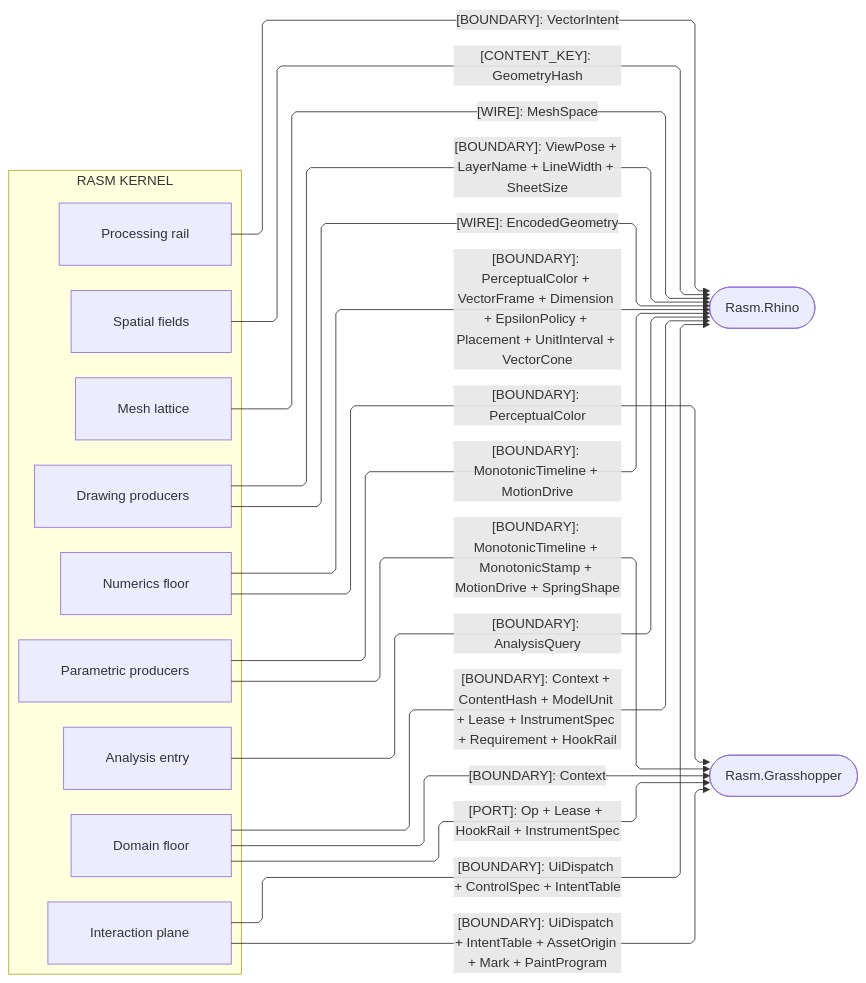
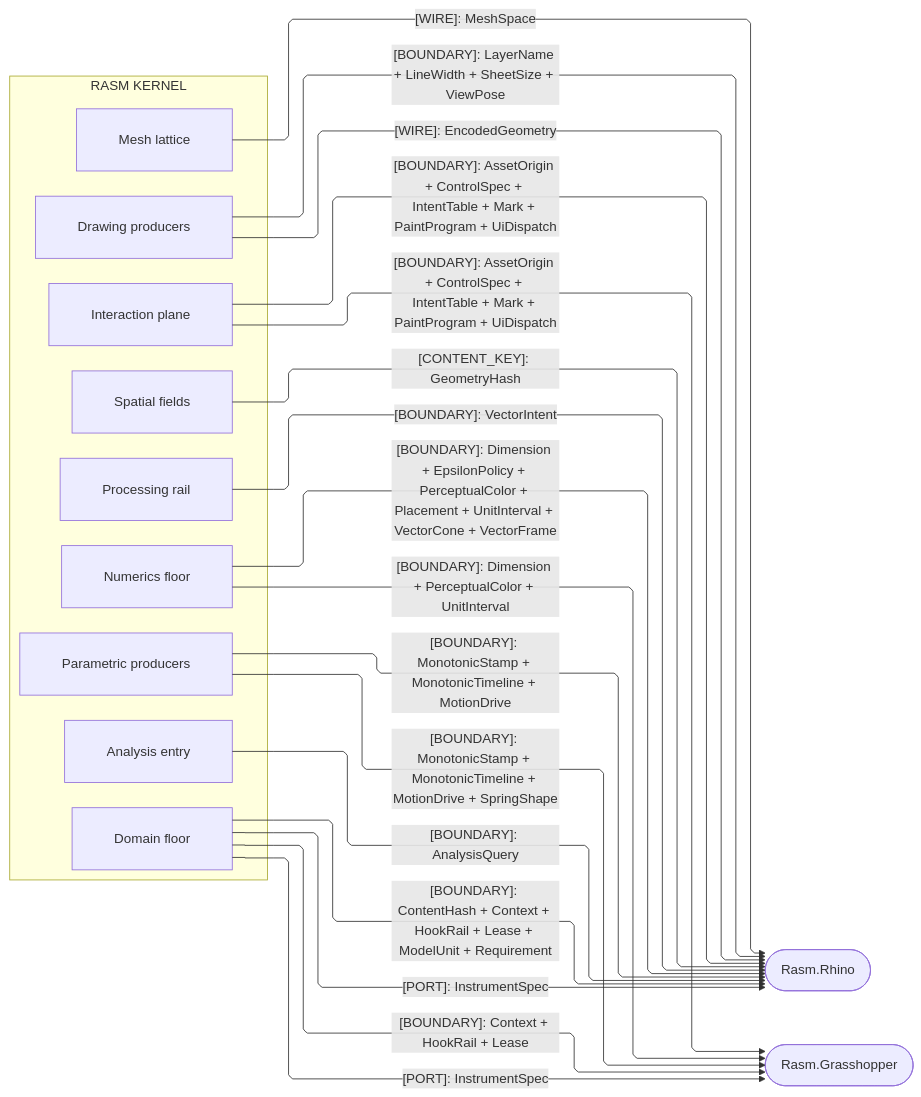
One commit to bsamiee/Rasm changed the fourth of 4 diagrams in libs/dotnet/Rasm/ARCHITECTURE.md. Above: the diagram before and after it, drawn with Mermaid. The commit also changed other lines of this file and 167 other files, not shown here.

````diff
--- a/libs/dotnet/Rasm/ARCHITECTURE.md
+++ b/libs/dotnet/Rasm/ARCHITECTURE.md
@@ -281,40 +282,41 @@
 ```mermaid
 ---
 config:
   layout: elk
   flowchart:
     curve: linear
     padding: 25
 ---
 flowchart LR
     accTitle: Kernel host-UI boundary seams
     accDescr: Which boundary shapes, ports, wires, and keys the kernel hands one-way down to the Rhino and Grasshopper host packages.
     subgraph rasm[RASM KERNEL]
         Domain[Domain floor]
         Numerics[Numerics floor]
         Spatial[Spatial fields]
         Meshing[Mesh lattice]
         Parametric[Parametric producers]
         Processing[Processing rail]
         Drawing[Drawing producers]
         Analysis[Analysis entry]
         Interaction[Interaction plane]
     end
     Rhino([Rasm.Rhino])
     Grasshopper([Rasm.Grasshopper])
-    Domain e1@-->|"[BOUNDARY]: Context + ContentHash + ModelUnit + Lease + InstrumentSpec + Requirement + HookRail"| Rhino
-    Domain e2@-->|"[BOUNDARY]: Context"| Grasshopper
-    Domain e3@-->|"[PORT]: Op + Lease + HookRail + InstrumentSpec"| Grasshopper
-    Numerics e4@-->|"[BOUNDARY]: PerceptualColor + VectorFrame + Dimension + EpsilonPolicy + Placement + UnitInterval + VectorCone"| Rhino
-    Numerics e5@-->|"[BOUNDARY]: PerceptualColor"| Grasshopper
-    Spatial e6@-->|"[CONTENT_KEY]: GeometryHash"| Rhino
-    Meshing e7@-->|"[WIRE]: MeshSpace"| Rhino
-    Parametric e8@-->|"[BOUNDARY]: MonotonicTimeline + MotionDrive"| Rhino
-    Parametric e9@-->|"[BOUNDARY]: MonotonicTimeline + MonotonicStamp + MotionDrive + SpringShape"| Grasshopper
-    Processing e10@-->|"[BOUNDARY]: VectorIntent"| Rhino
-    Drawing e11@-->|"[BOUNDARY]: ViewPose + LayerName + LineWidth + SheetSize"| Rhino
-    Drawing e12@-->|"[WIRE]: EncodedGeometry"| Rhino
-    Analysis e13@-->|"[BOUNDARY]: AnalysisQuery"| Rhino
-    Interaction e14@-->|"[BOUNDARY]: UiDispatch + ControlSpec + IntentTable"| Rhino
-    Interaction e15@-->|"[BOUNDARY]: UiDispatch + IntentTable + AssetOrigin + Mark + PaintProgram"| Grasshopper
+    Domain e1@-->|"[BOUNDARY]: ContentHash + Context + HookRail + Lease + ModelUnit + Requirement"| Rhino
+    Domain e2@-->|"[PORT]: InstrumentSpec"| Rhino
+    Domain e3@-->|"[BOUNDARY]: Context + HookRail + Lease"| Grasshopper
+    Domain e4@-->|"[PORT]: InstrumentSpec"| Grasshopper
+    Numerics e5@-->|"[BOUNDARY]: Dimension + EpsilonPolicy + PerceptualColor + Placement + UnitInterval + VectorCone + VectorFrame"| Rhino
+    Numerics e6@-->|"[BOUNDARY]: Dimension + PerceptualColor + UnitInterval"| Grasshopper
+    Spatial e7@-->|"[CONTENT_KEY]: GeometryHash"| Rhino
+    Meshing e8@-->|"[WIRE]: MeshSpace"| Rhino
+    Parametric e9@-->|"[BOUNDARY]: MonotonicStamp + MonotonicTimeline + MotionDrive"| Rhino
+    Parametric e10@-->|"[BOUNDARY]: MonotonicStamp + MonotonicTimeline + MotionDrive + SpringShape"| Grasshopper
+    Processing e11@-->|"[BOUNDARY]: VectorIntent"| Rhino
+    Drawing e12@-->|"[BOUNDARY]: LayerName + LineWidth + SheetSize + ViewPose"| Rhino
+    Drawing e13@-->|"[WIRE]: EncodedGeometry"| Rhino
+    Analysis e14@-->|"[BOUNDARY]: AnalysisQuery"| Rhino
+    Interaction e15@-->|"[BOUNDARY]: AssetOrigin + ControlSpec + IntentTable + Mark + PaintProgram + UiDispatch"| Rhino
+    Interaction e16@-->|"[BOUNDARY]: AssetOrigin + ControlSpec + IntentTable + Mark + PaintProgram + UiDispatch"| Grasshopper
 ```
````
